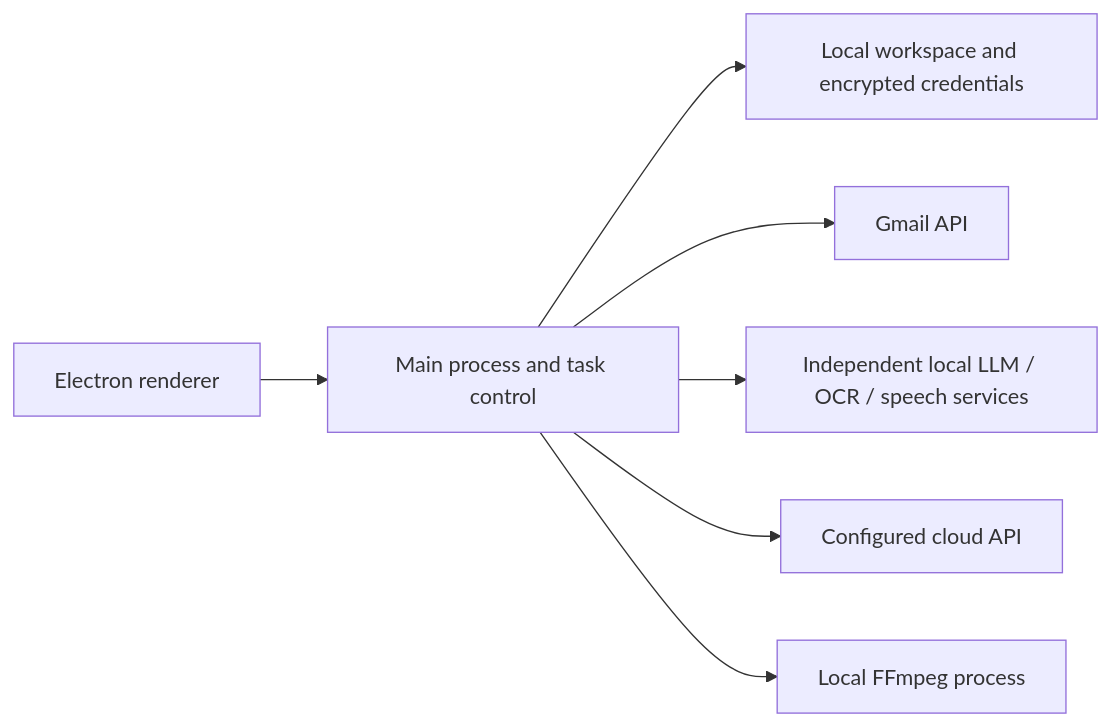
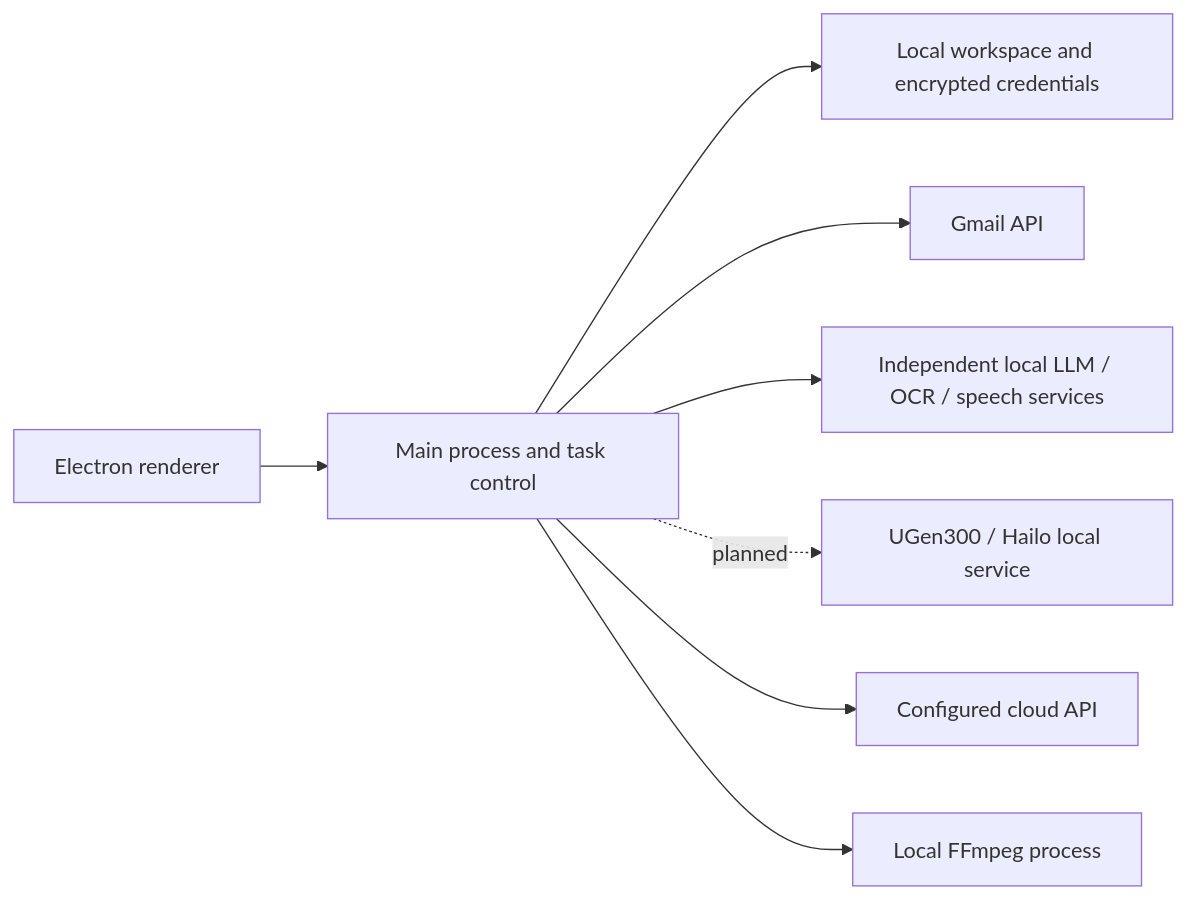
Before and after one commit to breeze0305/UFriend: the diagram in README.md, drawn with Mermaid. The commit also changed other lines of this file and 3 other files, not shown here.

Commit message:
docs: highlight UGen300 local AI design

````diff
--- a/README.md
+++ b/README.md
@@ -118,9 +135,10 @@
 ```mermaid
 flowchart LR
     UI[Electron renderer] --> Main[Main process and task control]
     Main --> Data[Local workspace and encrypted credentials]
     Main --> Gmail[Gmail API]
     Main --> Local[Independent local LLM / OCR / speech services]
+    Main -. planned .-> UGen[UGen300 / Hailo local service]
     Main --> Cloud[Configured cloud API]
     Main --> FFmpeg[Local FFmpeg process]
 ```
````
